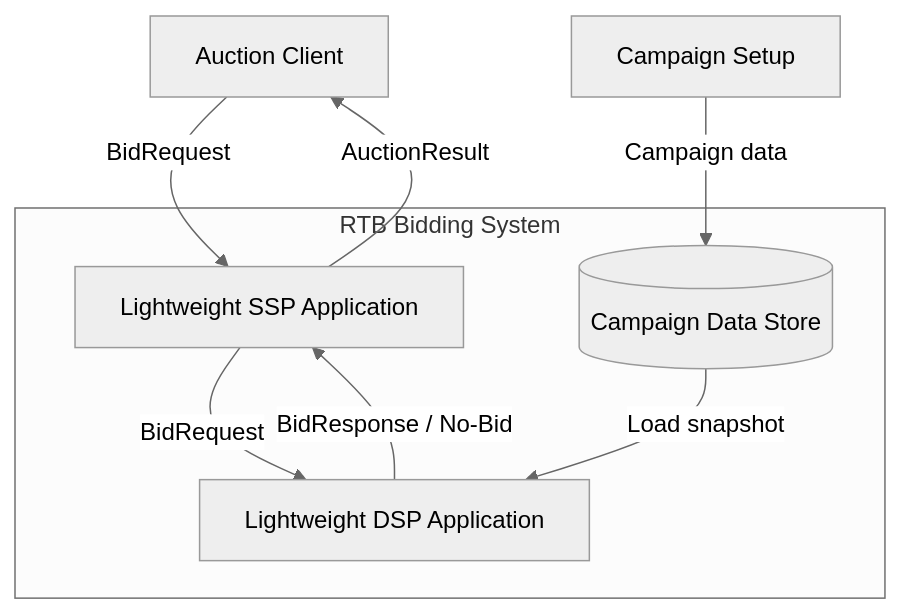
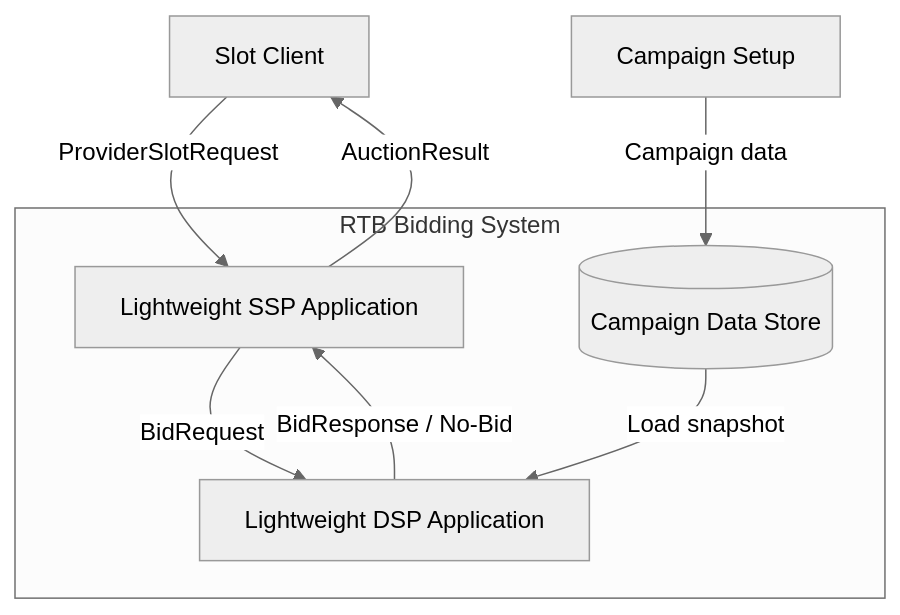
One commit to bbororo5/low-latency-openrtb-auction changed the second of 2 diagrams in docs/ARCHITECTURE.md. Above: the diagram before and after it, drawn with Mermaid (neutral theme). The commit also changed other lines of this file and 14 other files, not shown here.

Commit message:
Align docs with slot request ingress

````diff
--- a/docs/ARCHITECTURE.md
+++ b/docs/ARCHITECTURE.md
@@ -183,20 +188,20 @@
 ```mermaid
 flowchart TB
-    client["Auction Client"]
+    client["Slot Client"]
     advertiser["Campaign Setup"]
 
     subgraph boundary["RTB Bidding System"]
         ssp["Lightweight SSP Application"]
         dsp["Lightweight DSP Application"]
         store[("Campaign Data Store")]
     end
 
-    client -->|"BidRequest"| ssp
+    client -->|"ProviderSlotRequest"| ssp
     ssp -->|"AuctionResult"| client
 
     ssp -->|"BidRequest"| dsp
     dsp -->|"BidResponse / No-Bid"| ssp
 
     advertiser -->|"Campaign data"| store
     store -->|"Load snapshot"| dsp
 ```
````
